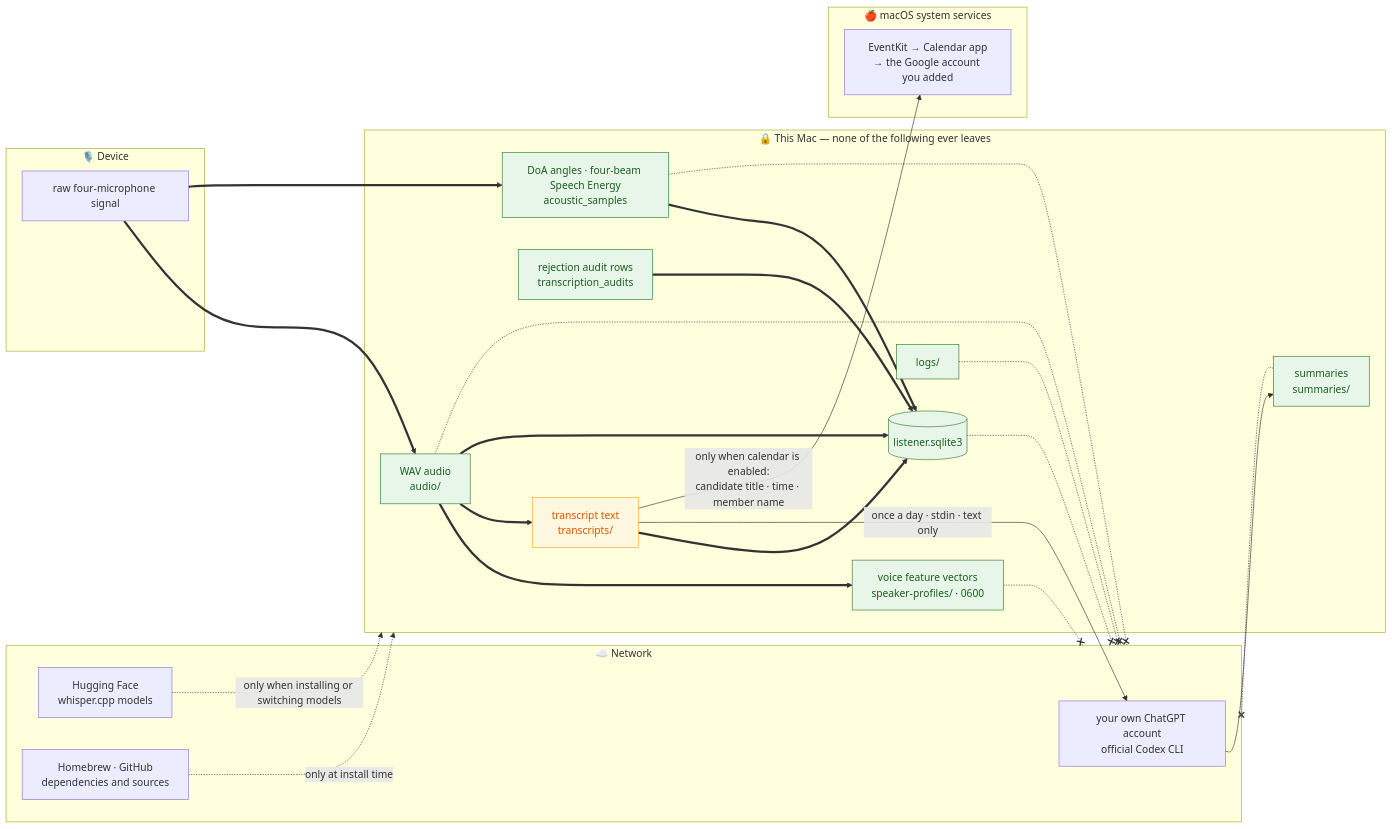
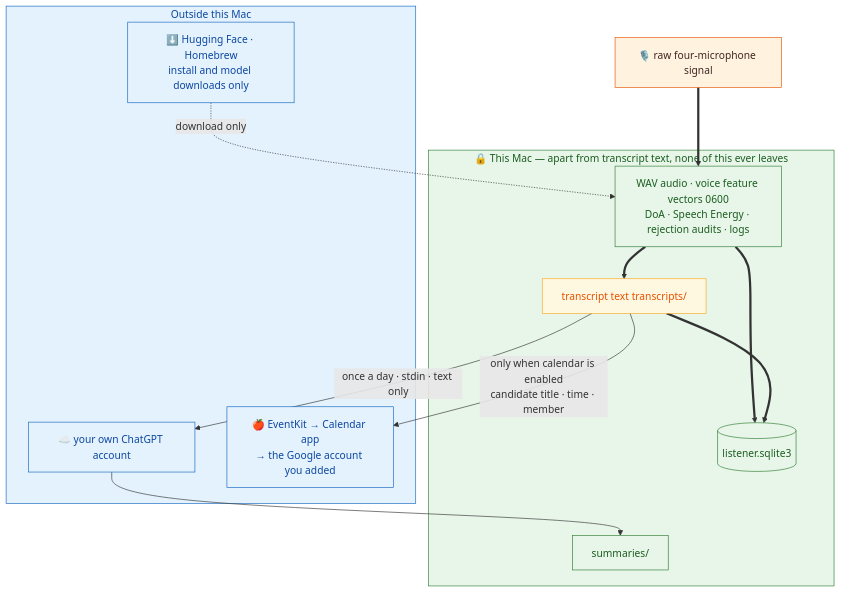
Before and after one commit to pcpcchen-coder/FamilyRecorder: the diagram in docs/privacy.en.md, drawn with Mermaid. The commit also changed other lines of this file and 25 other files, not shown here.

````diff
--- a/docs/privacy.en.md
+++ b/docs/privacy.en.md
@@ -33,55 +33,33 @@
 ```mermaid
-flowchart LR
-    subgraph DEV["🎙️ Device"]
-        RAW["raw four-microphone signal"]
+flowchart TB
+    DEV["🎙️ raw four-microphone signal"]
+
+    subgraph MAC["🔒 This Mac — apart from transcript text, none of this ever leaves"]
+        AUDIO["WAV audio · voice feature vectors 0600<br/>DoA · Speech Energy · rejection audits · logs"]
+        SQLITE[("listener.sqlite3")]
+        TXT["transcript text transcripts/"]
+        SUMM["summaries/"]
     end
 
-    subgraph MAC["🔒 This Mac — none of the following ever leaves"]
-        WAVF["WAV audio<br/>audio/"]
-        FEAT["voice feature vectors<br/>speaker-profiles/ · 0600"]
-        TEL["DoA angles · four-beam Speech Energy<br/>acoustic_samples"]
-        AUDIT["rejection audit rows<br/>transcription_audits"]
-        SQLITE[("listener.sqlite3")]
-        LOGS["logs/"]
-        TXT["transcript text<br/>transcripts/"]
-        SUMM["summaries<br/>summaries/"]
+    subgraph OUTSIDE["Outside this Mac"]
+        CHATGPT["☁️ your own ChatGPT account"]
+        EVENTKIT["🍎 EventKit → Calendar app<br/>→ the Google account you added"]
+        DL["⬇️ Hugging Face · Homebrew<br/>install and model downloads only"]
     end
 
-    subgraph NET["☁️ Network"]
-        CHATGPT["your own ChatGPT account<br/>official Codex CLI"]
-        HF["Hugging Face<br/>whisper.cpp models"]
-        BREW["Homebrew · GitHub<br/>dependencies and sources"]
-    end
-
-    subgraph MACOS["🍎 macOS system services"]
-        EVENTKIT["EventKit → Calendar app<br/>→ the Google account you added"]
-    end
-
-    RAW ==> WAVF
-    RAW ==> TEL
-    WAVF ==> FEAT
-    WAVF ==> TXT
-    WAVF ==> SQLITE
-    TEL ==> SQLITE
-    AUDIT ==> SQLITE
+    DEV ==> AUDIO ==> TXT
+    AUDIO ==> SQLITE
     TXT ==> SQLITE
-
-    TXT -->|"once a day · stdin · text only"| CHATGPT
-    CHATGPT --> SUMM
-    TXT -->|"only when calendar is enabled:<br/>candidate title · time · member name"| EVENTKIT
-
-    HF -.->|"only when installing or switching models"| MAC
-    BREW -.->|"only at install time"| MAC
-
-    WAVF -.-x NET
-    FEAT -.-x NET
-    TEL -.-x NET
-    SQLITE -.-x NET
-    LOGS -.-x NET
-    SUMM -.-x NET
+    TXT -->|"once a day · stdin · text only"| CHATGPT --> SUMM
+    TXT -->|"only when calendar is enabled<br/>candidate title · time · member"| EVENTKIT
+    DL -.->|"download only"| AUDIO
 
     classDef never fill:#e8f5e9,stroke:#2e7d32,color:#1b5e20
     classDef leaves fill:#fff8e1,stroke:#f9a825,color:#e65100
-    class WAVF,FEAT,TEL,AUDIT,SQLITE,LOGS,SUMM never
+    classDef outside fill:#e3f2fd,stroke:#1565c0,color:#0d47a1
+    classDef dev fill:#fff3e0,stroke:#e65100,color:#3e2723
+    class MAC,AUDIO,SQLITE,SUMM never
     class TXT leaves
+    class OUTSIDE,CHATGPT,EVENTKIT,DL outside
+    class DEV dev
 ```
````
